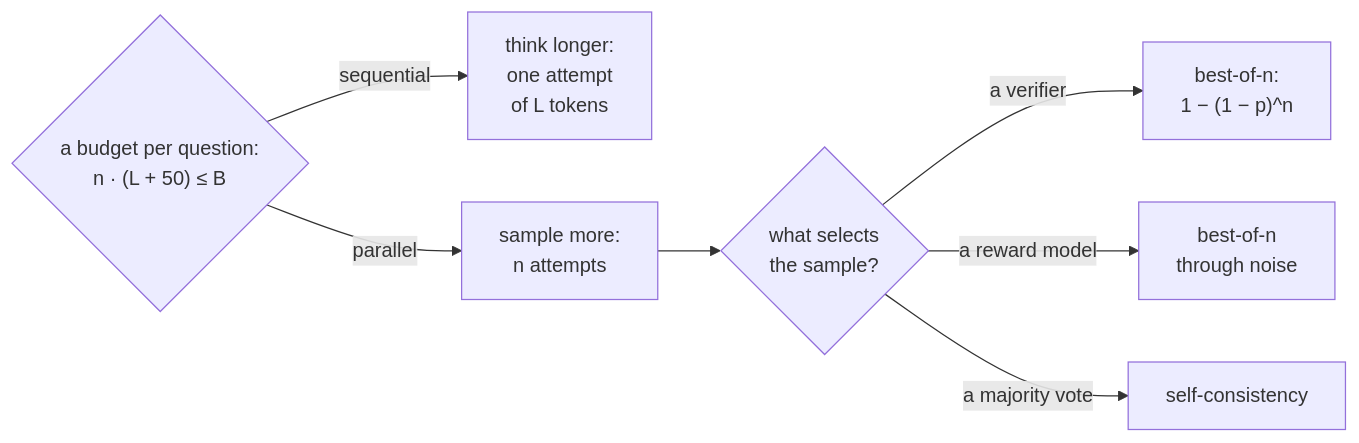
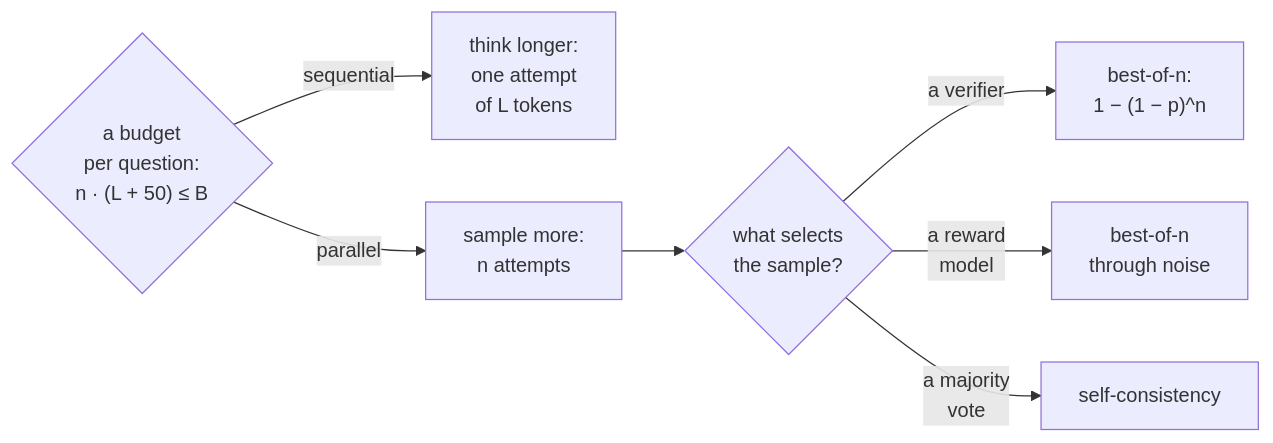
The third of 4 diagrams in 00-foundations/rl-and-thinking-models/PRIMER.md (aniryou/full-stack-agentic-engineer), drawn with Mermaid before and after one commit. The commit also changed other lines of this file and 211 other files, not shown here.

````diff
--- a/00-foundations/rl-and-thinking-models/PRIMER.md
+++ b/00-foundations/rl-and-thinking-models/PRIMER.md
@@ -663,10 +663,10 @@
 ```mermaid
 flowchart LR
-  B{"a budget per question:<br/>n · (L + 50) ≤ B"}
+  B{"a budget<br/>per question:<br/>n · (L + 50) ≤ B"}
   B -->|"sequential"| L["think longer:<br/>one attempt<br/>of L tokens"]
   B -->|"parallel"| N["sample more:<br/>n attempts"]
   N --> PK{"what selects<br/>the sample?"}
   PK -->|"a verifier"| V["best-of-n:<br/>1 − (1 − p)^n"]
-  PK -->|"a reward model"| RM["best-of-n<br/>through noise"]
-  PK -->|"a majority vote"| MV["self-consistency"]
+  PK -->|"a reward<br/>model"| RM["best-of-n<br/>through noise"]
+  PK -->|"a majority<br/>vote"| MV["self-consistency"]
 ```
````
